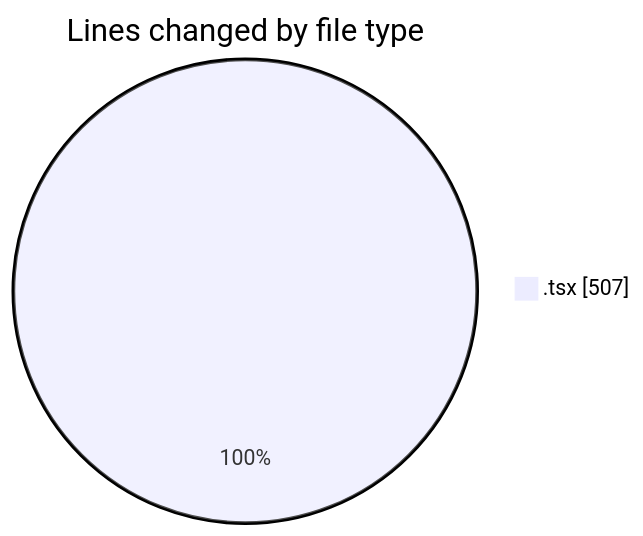
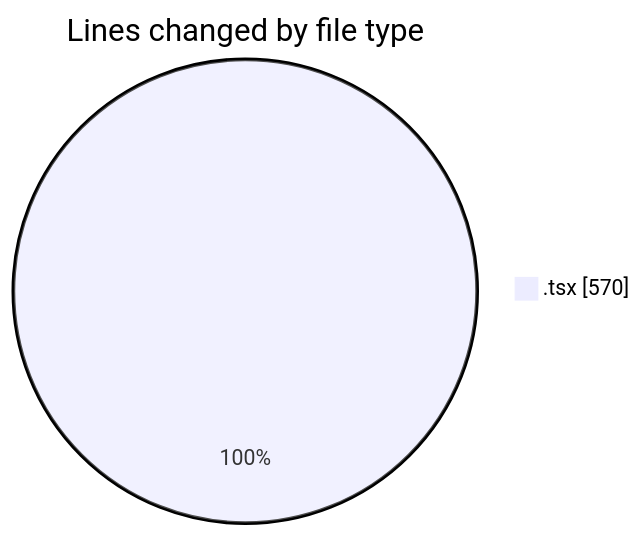
The first of 2 diagrams in 2025-02-03/termonied-web/README.md (robertbonfada/code-tracking), drawn with Mermaid before and after one commit. The commit also changed other lines of this file and 1 other file, not shown here.

````diff
--- a/2025-02-03/termonied-web/README.md
+++ b/2025-02-03/termonied-web/README.md
@@ -21,5 +22,5 @@
 ```mermaid
 pie showData
 title Lines changed by file type
-".tsx" : 507
+".tsx" : 570
 ```
````
